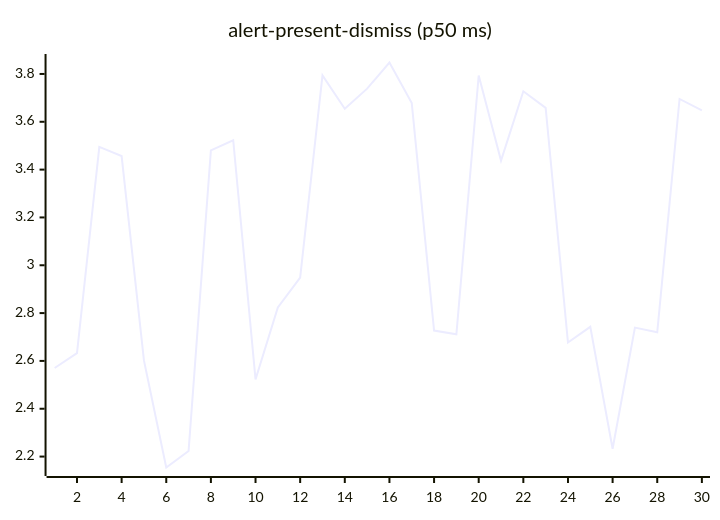
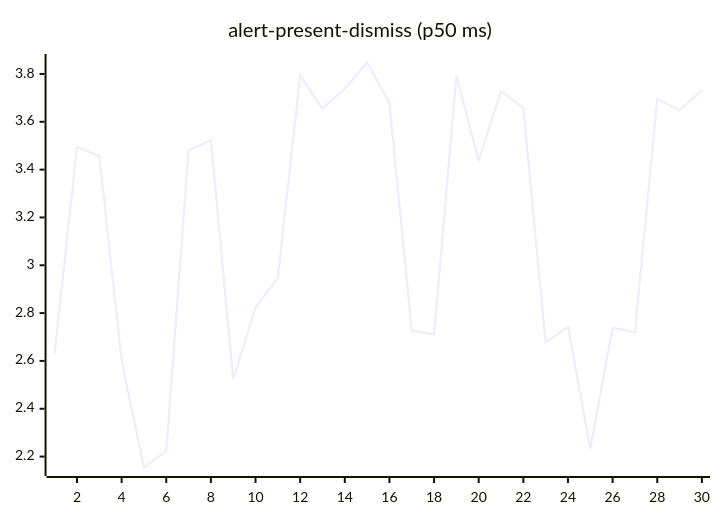
The second of 27 diagrams in README.md (josha/Facet), drawn with Mermaid before and after one commit. The commit also changed other lines of this file and 2 other files, not shown here.

````diff
--- a/README.md
+++ b/README.md
@@ -70,6 +70,6 @@
 ```mermaid
 xychart-beta
     title "alert-present-dismiss (p50 ms)"
     x-axis 1 --> 30
-    line [2.5704, 2.6324, 3.4949, 3.4566, 2.6019, 2.1543, 2.2230, 3.4803, 3.5227, 2.5229, 2.8233, 2.9484, 3.7942, 3.6546, 3.7386, 3.8479, 3.6788, 2.7270, 2.7111, 3.7936, 3.4376, 3.7274, 3.6582, 2.6769, 2.7425, 2.2328, 2.7393, 2.7195, 3.6955, 3.6480]
+    line [2.6324, 3.4949, 3.4566, 2.6019, 2.1543, 2.2230, 3.4803, 3.5227, 2.5229, 2.8233, 2.9484, 3.7942, 3.6546, 3.7386, 3.8479, 3.6788, 2.7270, 2.7111, 3.7936, 3.4376, 3.7274, 3.6582, 2.6769, 2.7425, 2.2328, 2.7393, 2.7195, 3.6955, 3.6480, 3.7318]
 ```
````
